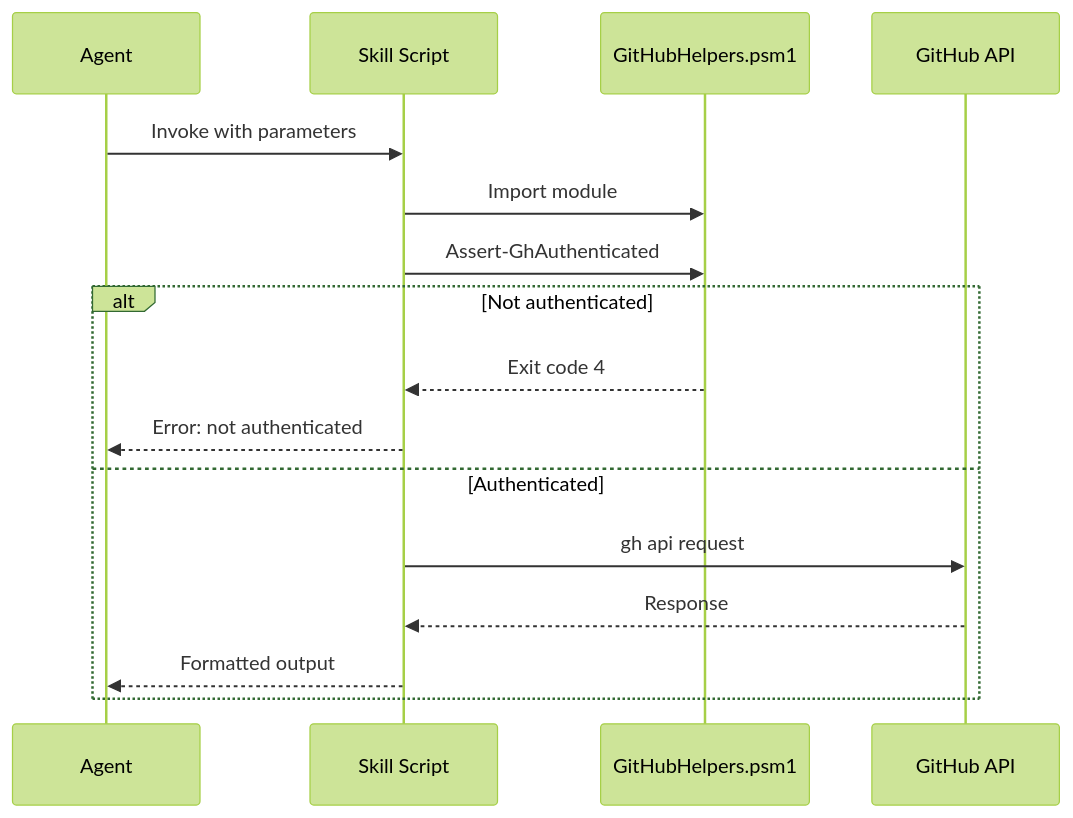
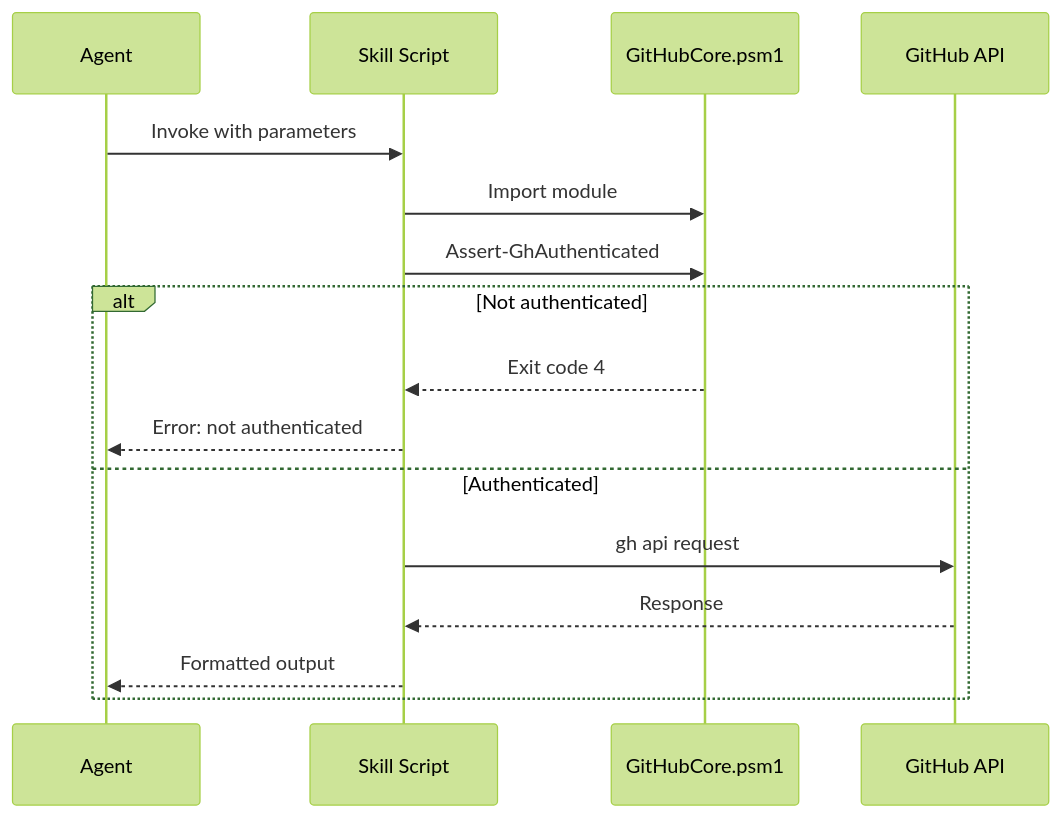
Before and after one commit to rjmurillo/ai-agents: the second of 2 diagrams in .claude/skills/AGENTS.md, drawn with Mermaid (forest theme). The commit also changed other lines of this file and 3 other files, not shown here.

First line of the commit message:
fix(docs): update remaining GitHubHelpers references to GitHubCore

````diff
--- a/.claude/skills/AGENTS.md
+++ b/.claude/skills/AGENTS.md
@@ -168,19 +168,19 @@
 ```mermaid
 sequenceDiagram
     participant Agent
     participant Skill as Skill Script
-    participant Helper as GitHubHelpers.psm1
+    participant Helper as GitHubCore.psm1
     participant GH as GitHub API
 
     Agent->>Skill: Invoke with parameters
     Skill->>Helper: Import module
     Skill->>Helper: Assert-GhAuthenticated
     alt Not authenticated
         Helper-->>Skill: Exit code 4
         Skill-->>Agent: Error: not authenticated
     else Authenticated
         Skill->>GH: gh api request
         GH-->>Skill: Response
         Skill-->>Agent: Formatted output
     end
 ```
````
